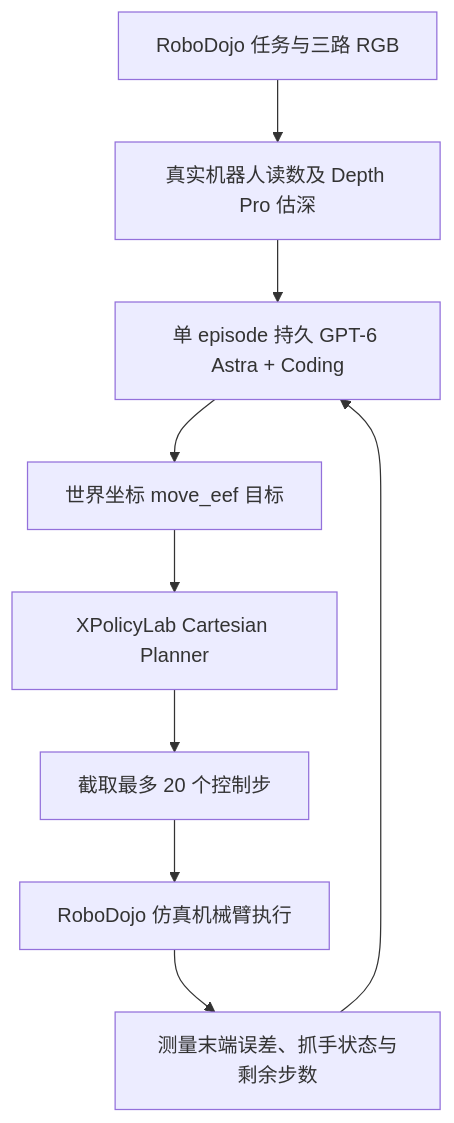
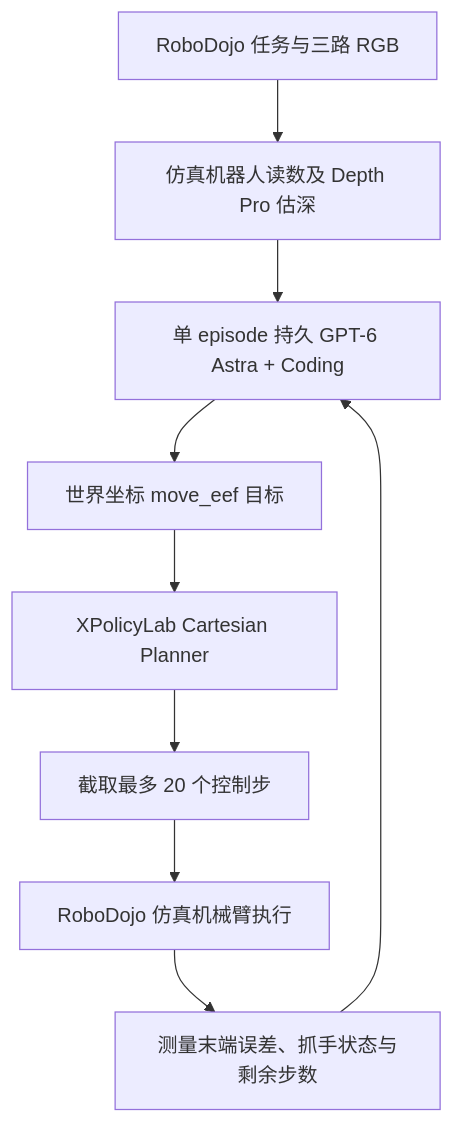
The first of 2 diagrams in wiki/entities/paper-justrua-robot-use-agents.md (ImChong/Robotics_Notebooks), drawn with Mermaid before and after one commit. The commit also changed other lines of this file and 5 other files, not shown here.

Commit message:
复核 JustRUA 源码与 RoboDojo 回放的评测口径

````diff
--- a/wiki/entities/paper-justrua-robot-use-agents.md
+++ b/wiki/entities/paper-justrua-robot-use-agents.md
@@ -58,11 +63,11 @@
 ```mermaid
 flowchart TD
- TASK["RoboDojo 任务与三路 RGB"] --> OBS["真实机器人读数及 Depth Pro 估深"]
+ TASK["RoboDojo 任务与三路 RGB"] --> OBS["仿真机器人读数及 Depth Pro 估深"]
  OBS --> ACTOR["单 episode 持久 GPT-6 Astra + Coding"]
  ACTOR --> TARGET["世界坐标 move_eef 目标"]
  TARGET --> PLANNER["XPolicyLab Cartesian Planner"]
  PLANNER --> CAP["截取最多 20 个控制步"]
  CAP --> SIM["RoboDojo 仿真机械臂执行"]
  SIM --> FB["测量末端误差、抓手状态与剩余步数"]
  FB --> ACTOR
 ```
````
